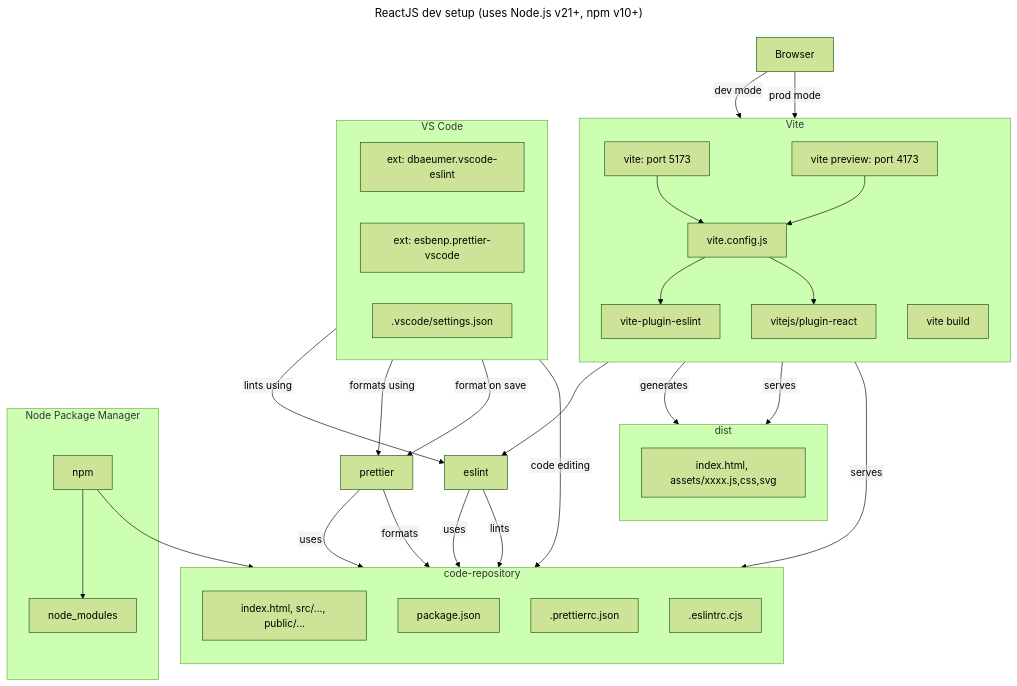
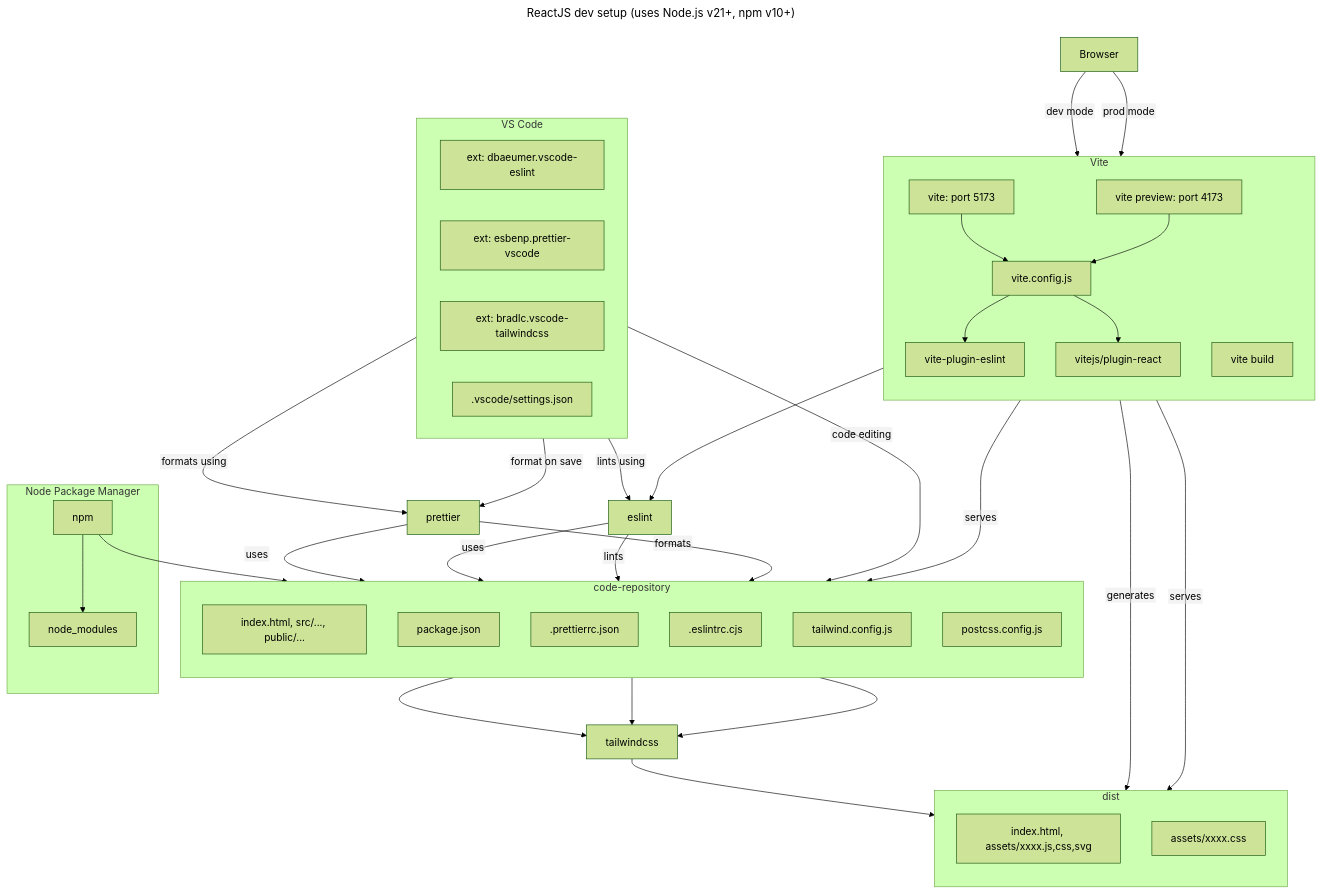
One commit to zen-code-symphony/reactconcepts changed the diagram in README.md. Above: the diagram before and after it, drawn with Mermaid (forest theme). The commit also changed other lines of this file and 8 other files, not shown here.

````diff
--- a/README.md
+++ b/README.md
@@ -26,52 +27,60 @@
 ```mermaid
 ---
 title: ReactJS dev setup (uses Node.js v21+, npm v10+)
 ---
 %%{init: {"flowchart": {"htmlLabels": false}} }%%
 flowchart TB
     subgraph Vite
         direction TB
         viteserver[vite: port 5173] --> viteconfig[vite.config.js]
         vitepreview[vite preview: port 4173] --> viteconfig
         viteconfig --> viteplugineslint[vite-plugin-eslint]
         viteconfig --> vitejspluginreact[vitejs/plugin-react]
         vitebuild[vite build]
     end
     subgraph dist
         direction TB
         index.html1[index.html, assets/xxxx.js,css,svg]
+        indexcss[assets/xxxx.css]
     end
     subgraph code-repository
         direction TB
         index.html2[index.html, src/..., public/...]
         packagejson[package.json]
         prettierconfig[.prettierrc.json]
         eslintconfig[.eslintrc.cjs]
+        tailwindconfig[tailwind.config.js]
+        postcssconfig[postcss.config.js]
     end
+    tailwindconfig --> tailwindcss
+    postcssconfig --> tailwindcss
+    index.html2 --> tailwindcss
+    tailwindcss --> indexcss
     prettier --uses--> prettierconfig
     eslint --uses--> eslintconfig
     subgraph VSCode[VS Code]
         direction LR
         vscode-eslint[ext: dbaeumer.vscode-eslint]
         vscode-prettier[ext: esbenp.prettier-vscode]
+        vscode-tailwind[ext: bradlc.vscode-tailwindcss]
         vscodesettings[.vscode/settings.json]
     end
     subgraph Node Package Manager
         npm --> packagejson
         npm --> node_modules
     end
 
     viteplugineslint --> eslint
     eslint --lints--> index.html2
     prettier --formats--> index.html2
     VSCode --code editing--> code-repository
     vscode-eslint --lints using--> eslint
     vscode-prettier --formats using--> prettier
     vscodesettings --format on save--> prettier
 
     vitebuild --generates--> dist
     vitepreview --serves--> dist
     viteserver --serves --> index.html2
     Browser --dev mode--> viteserver
     Browser --prod mode--> vitepreview
 ```
````
